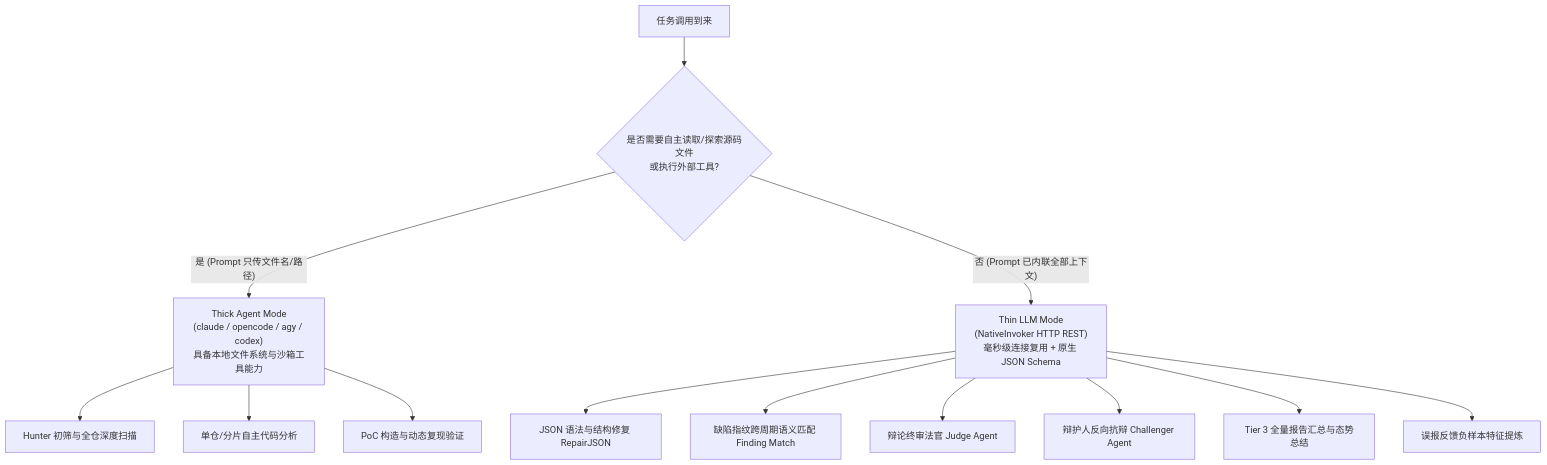
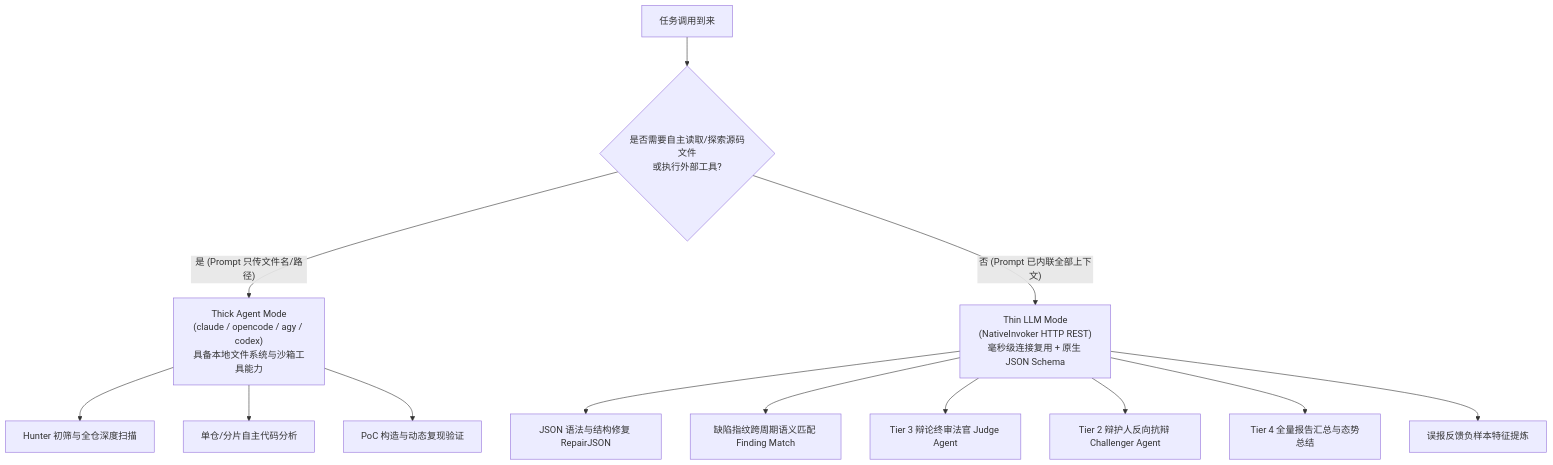
One commit to fugui/code-shield changed the second of 6 diagrams in docs/02-architecture/02-scanner-engines/02-原生LLM轻量执行引擎与动静分离混合调用设计.md. Above: the diagram before and after it, drawn with Mermaid. The commit also changed other lines of this file and 6 other files, not shown here.

````diff
--- a/docs/02-architecture/02-scanner-engines/02-原生LLM轻量执行引擎与动静分离混合调用设计.md
+++ b/docs/02-architecture/02-scanner-engines/02-原生LLM轻量执行引擎与动静分离混合调用设计.md
@@ -68,17 +68,17 @@
 ```mermaid
 graph TD
     Start["任务调用到来"] --> Q1{"是否需要自主读取/探索源码文件<br/>或执行外部工具?"}
     Q1 -->|"是 (Prompt 只传文件名/路径)"| Thick["Thick Agent Mode<br/>(claude / opencode / agy / codex)<br/>具备本地文件系统与沙箱工具能力"]
     Q1 -->|"否 (Prompt 已内联全部上下文)"| Thin["Thin LLM Mode<br/>(NativeInvoker HTTP REST)<br/>毫秒级连接复用 + 原生 JSON Schema"]
 
     Thick --> T1["Hunter 初筛与全仓深度扫描"]
     Thick --> T2["单仓/分片自主代码分析"]
     Thick --> T3["PoC 构造与动态复现验证"]
 
     Thin --> N1["JSON 语法与结构修复 RepairJSON"]
     Thin --> N2["缺陷指纹跨周期语义匹配 Finding Match"]
-    Thin --> N3["辩论终审法官 Judge Agent"]
-    Thin --> N4["辩护人反向抗辩 Challenger Agent"]
-    Thin --> N5["Tier 3 全量报告汇总与态势总结"]
+    Thin --> N3["Tier 3 辩论终审法官 Judge Agent"]
+    Thin --> N4["Tier 2 辩护人反向抗辩 Challenger Agent"]
+    Thin --> N5["Tier 4 全量报告汇总与态势总结"]
     Thin --> N6["误报反馈负样本特征提炼"]
 ```
````
